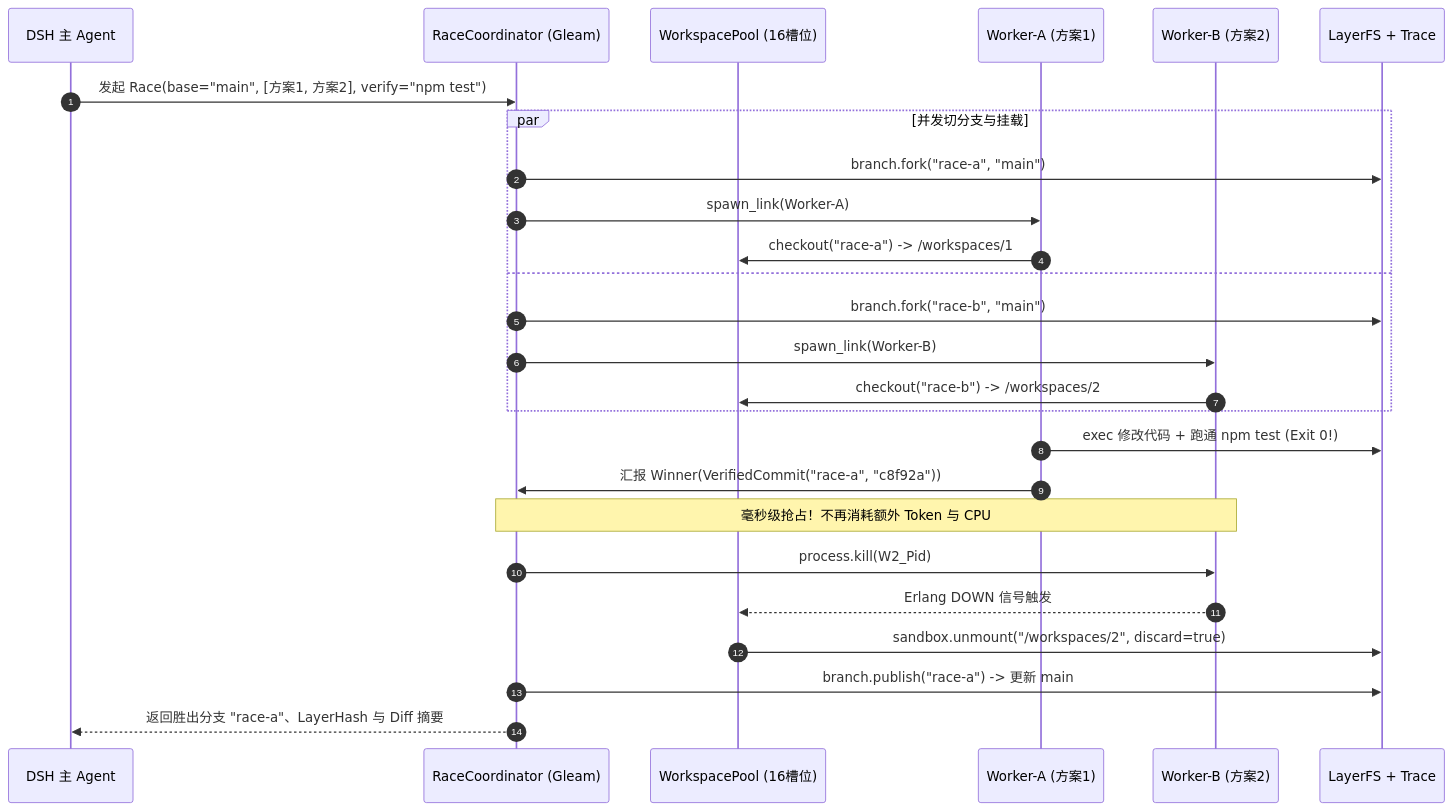
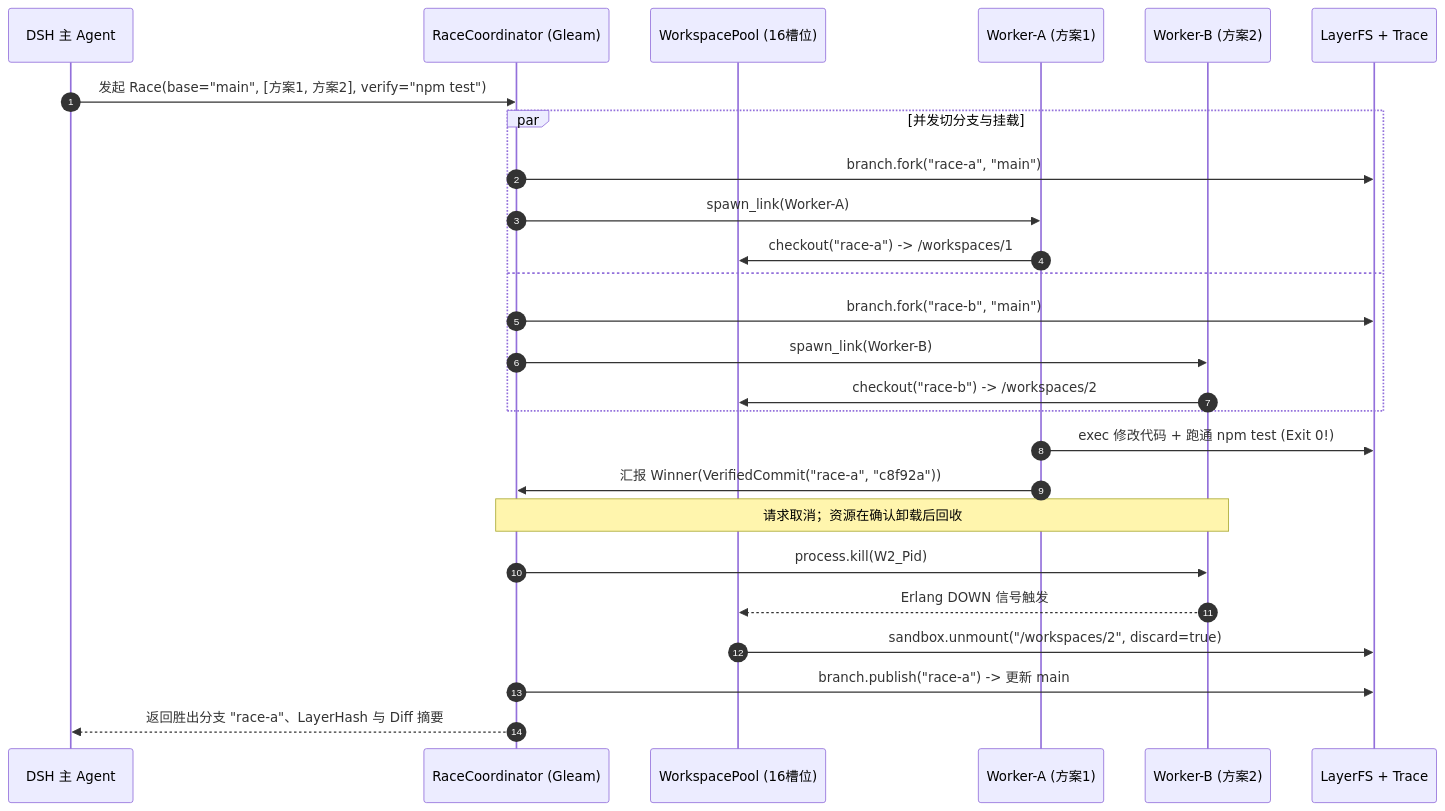
One commit to hzy-hits/PrismFS changed the third of 4 diagrams in docs/DESIGN.md. Above: the diagram before and after it, drawn with Mermaid. The commit also changed other lines of this file and 19 other files, not shown here.

````diff
--- a/docs/DESIGN.md
+++ b/docs/DESIGN.md
@@ -175,29 +175,29 @@
 ```mermaid
 sequenceDiagram
     autonumber
     participant User as DSH 主 Agent
     participant Coord as RaceCoordinator (Gleam)
     participant Pool as WorkspacePool (16槽位)
     participant W1 as Worker-A (方案1)
     participant W2 as Worker-B (方案2)
     participant LFS as LayerFS + Trace
 
     User->>Coord: 发起 Race(base="main", [方案1, 方案2], verify="npm test")
     par 并发切分支与挂载
         Coord->>LFS: branch.fork("race-a", "main")
         Coord->>W1: spawn_link(Worker-A)
         W1->>Pool: checkout("race-a") -> /workspaces/1
         and
         Coord->>LFS: branch.fork("race-b", "main")
         Coord->>W2: spawn_link(Worker-B)
         W2->>Pool: checkout("race-b") -> /workspaces/2
     end
     W1->>LFS: exec 修改代码 + 跑通 npm test (Exit 0!)
     W1->>Coord: 汇报 Winner(VerifiedCommit("race-a", "c8f92a"))
-    Note over Coord,W2: 毫秒级抢占！不再消耗额外 Token 与 CPU
+    Note over Coord,W2: 请求取消；资源在确认卸载后回收
     Coord->>W2: process.kill(W2_Pid)
     W2-->>Pool: Erlang DOWN 信号触发
     Pool->>LFS: sandbox.unmount("/workspaces/2", discard=true)
     Coord->>LFS: branch.publish("race-a") -> 更新 main
     Coord-->>User: 返回胜出分支 "race-a"、LayerHash 与 Diff 摘要
 ```
````
